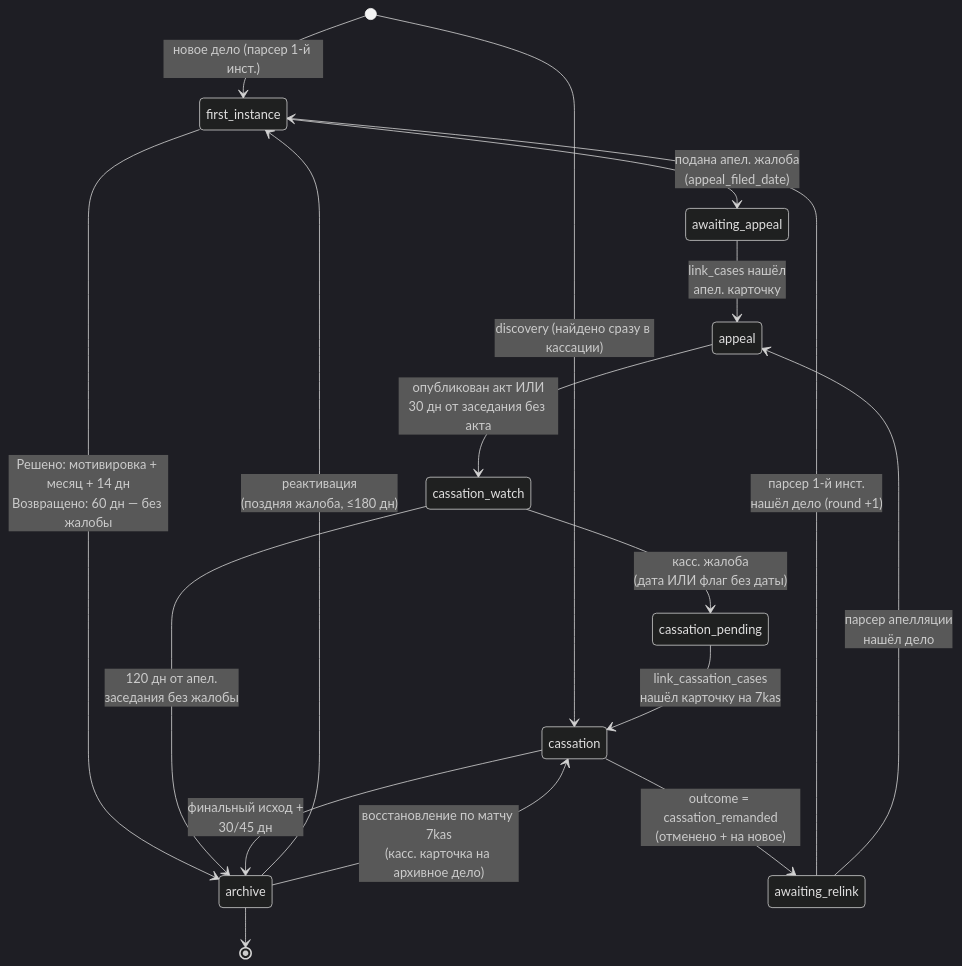
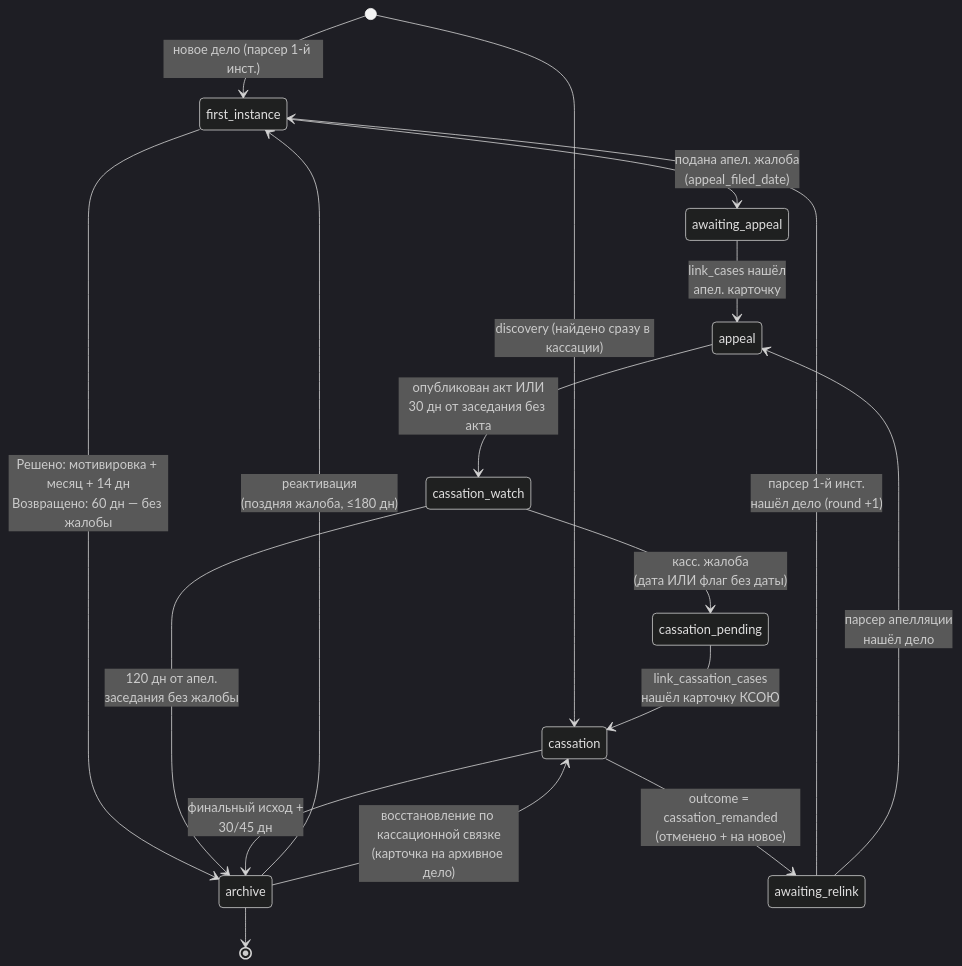
Before and after one commit to SelivanovAS/dashboard: the diagram in docs/technical/03-жизненный-цикл-дела.md, drawn with Mermaid (dark theme). The commit also changed other lines of this file and 27 other files, not shown here.

````diff
--- a/docs/technical/03-жизненный-цикл-дела.md
+++ b/docs/technical/03-жизненный-цикл-дела.md
@@ -52,28 +57,28 @@
 ```mermaid
 stateDiagram-v2
     [*] --> first_instance: новое дело (парсер 1-й инст.)
     [*] --> cassation: discovery (найдено сразу в кассации)
 
     first_instance --> awaiting_appeal: подана апел. жалоба<br/>(appeal_filed_date)
     first_instance --> archive: Решено: мотивировка + месяц + 14 дн<br/>Возвращено: 60 дн — без жалобы
 
     awaiting_appeal --> appeal: link_cases нашёл<br/>апел. карточку
 
     appeal --> cassation_watch: опубликован акт ИЛИ<br/>30 дн от заседания без акта
 
     cassation_watch --> cassation_pending: касс. жалоба<br/>(дата ИЛИ флаг без даты)
     cassation_watch --> archive: 120 дн от апел.<br/>заседания без жалобы
 
-    cassation_pending --> cassation: link_cassation_cases<br/>нашёл карточку на 7kas
+    cassation_pending --> cassation: link_cassation_cases<br/>нашёл карточку КСОЮ
 
     cassation --> awaiting_relink: outcome = cassation_remanded<br/>(отменено + на новое)
     cassation --> archive: финальный исход +<br/>30/45 дн
 
     awaiting_relink --> first_instance: парсер 1-й инст.<br/>нашёл дело (round +1)
     awaiting_relink --> appeal: парсер апелляции<br/>нашёл дело
 
     archive --> first_instance: реактивация<br/>(поздняя жалоба, ≤180 дн)
-    archive --> cassation: восстановление по матчу 7kas<br/>(касс. карточка на архивное дело)
+    archive --> cassation: восстановление по кассационной связке<br/>(карточка на архивное дело)
 
     archive --> [*]
 ```
````
